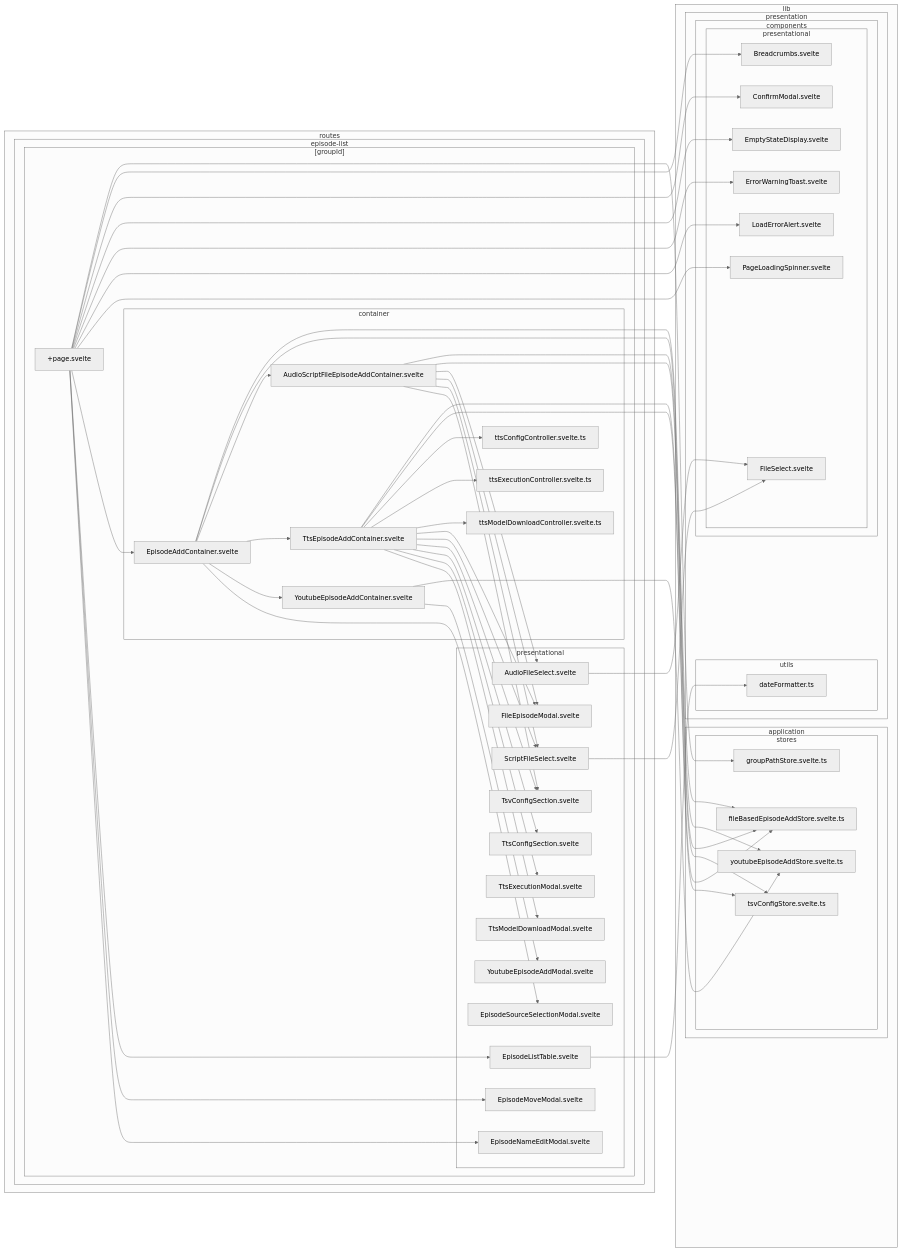
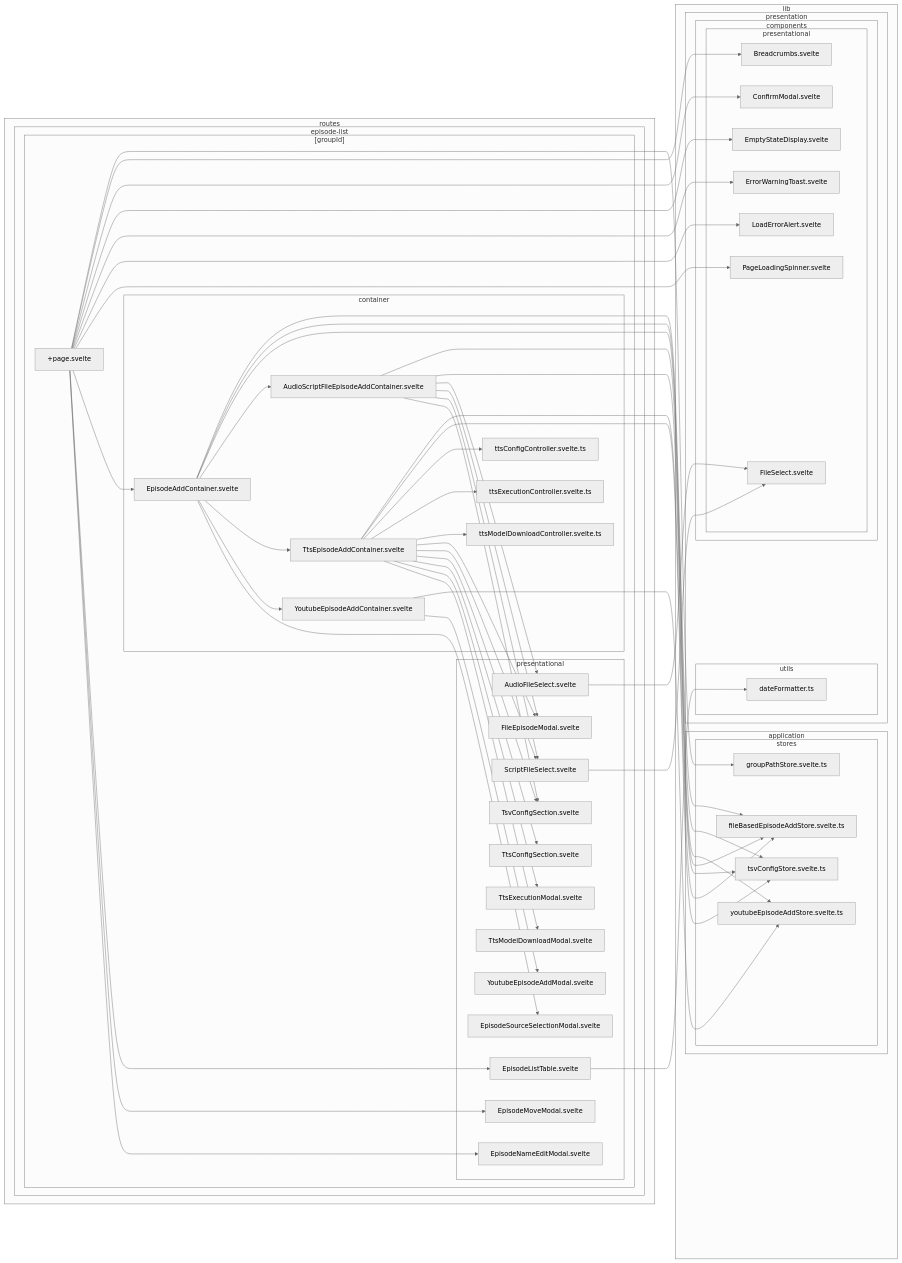
The second of 38 diagrams in doc/dependency-graph.md (k5n/kotonoha), drawn with Mermaid (neutral theme) before and after one commit. The commit also changed other lines of this file and 3 other files, not shown here.

Commit message:
refactor: integrate TsvConfig into TTS execution flow and update dependency graphs

```diff
--- a/doc/dependency-graph.md
+++ b/doc/dependency-graph.md
@@ -126,6 +126,7 @@
     src_routes_episode_list__groupId___page_svelte --> src_routes_episode_list__groupId__presentational_EpisodeMoveModal_svelte
     src_routes_episode_list__groupId___page_svelte --> src_routes_episode_list__groupId__presentational_EpisodeNameEditModal_svelte
     src_routes_episode_list__groupId__container_EpisodeAddContainer_svelte --> src_lib_application_stores_fileBasedEpisodeAddStore_svelte_ts
+    src_routes_episode_list__groupId__container_EpisodeAddContainer_svelte --> src_lib_application_stores_tsvConfigStore_svelte_ts
     src_routes_episode_list__groupId__container_EpisodeAddContainer_svelte --> src_lib_application_stores_youtubeEpisodeAddStore_svelte_ts
     src_routes_episode_list__groupId__container_EpisodeAddContainer_svelte --> src_routes_episode_list__groupId__container_AudioScriptFileEpisodeAddContainer_svelte
     src_routes_episode_list__groupId__container_EpisodeAddContainer_svelte --> src_routes_episode_list__groupId__container_TtsEpisodeAddContainer_svelte
```
